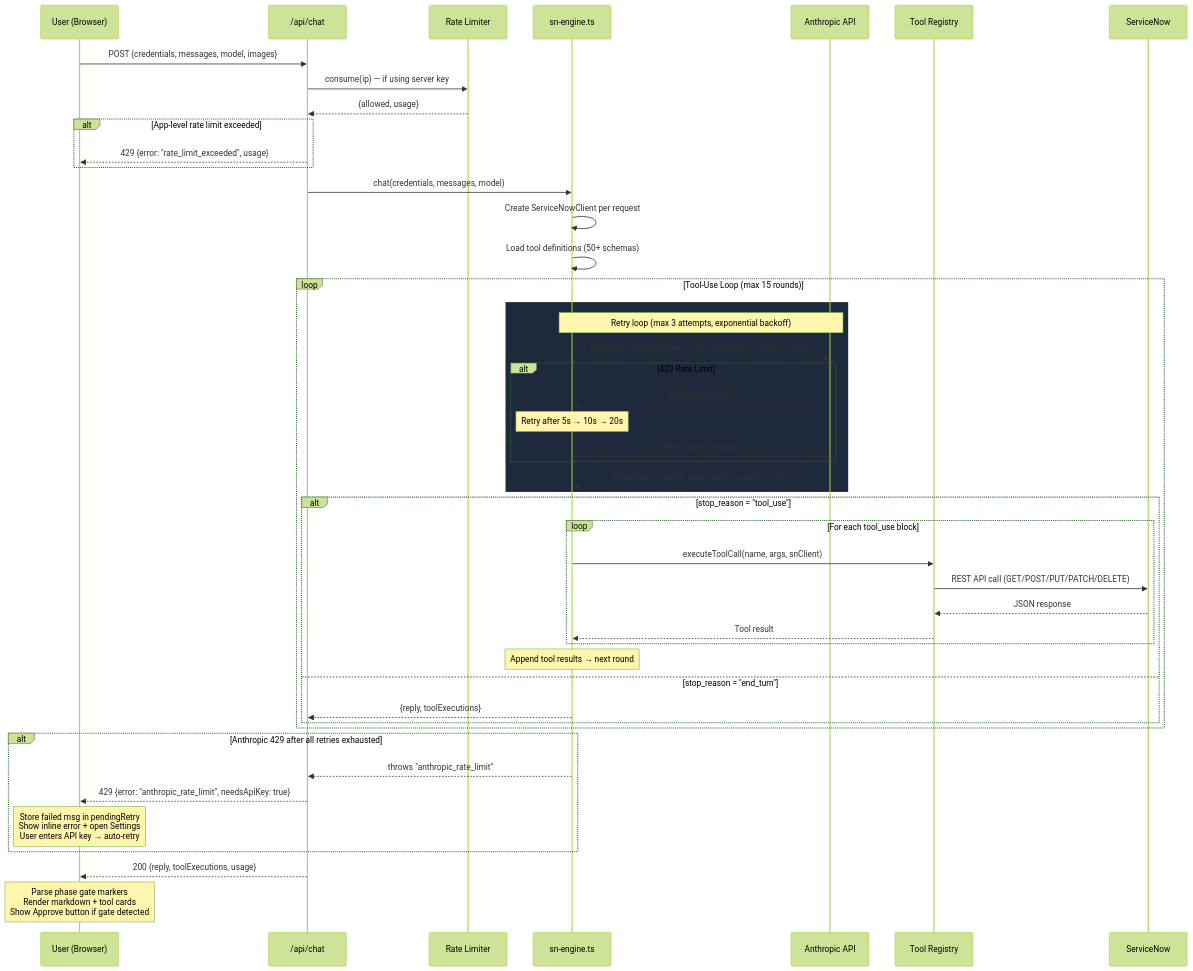
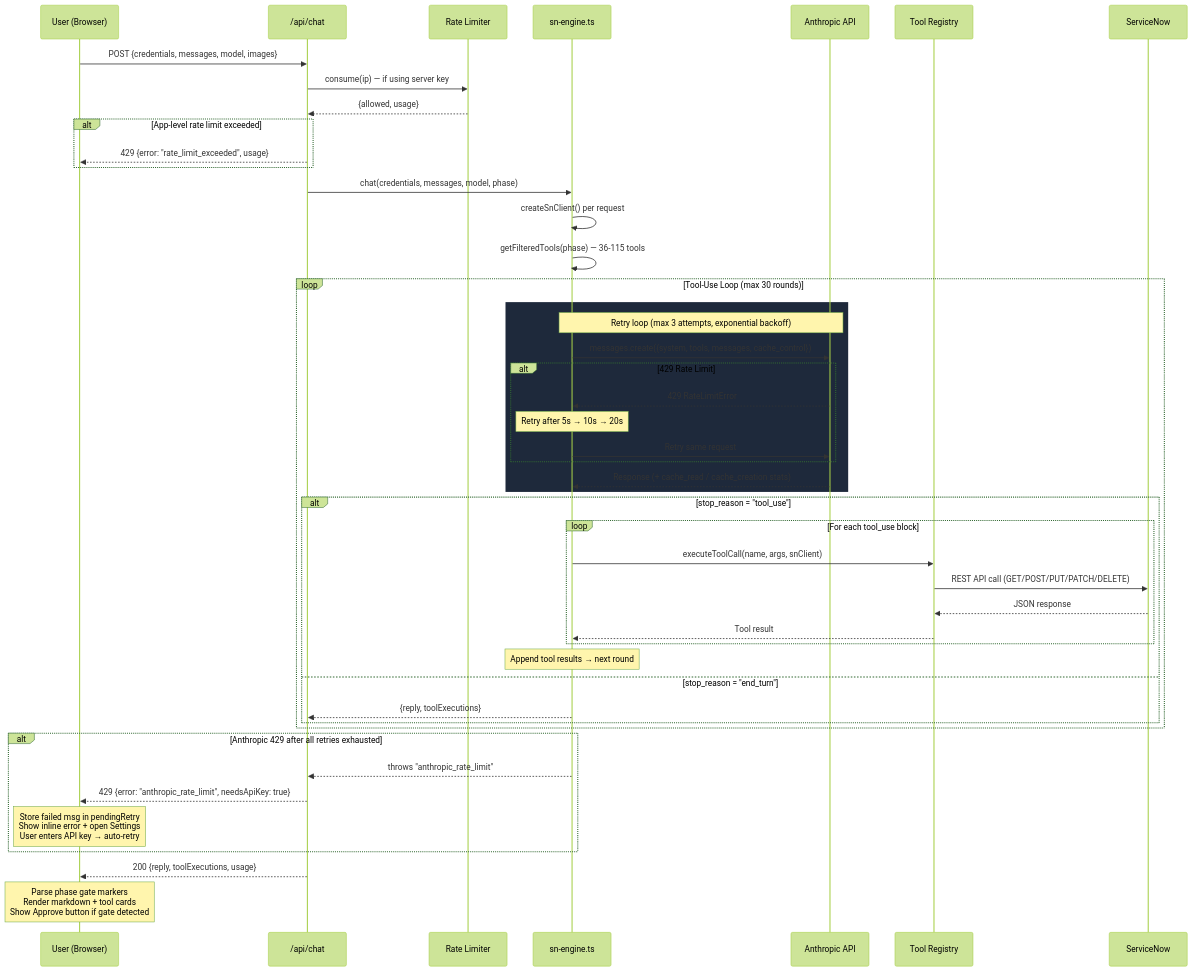
Before and after one commit to rtnsht/SN-AI-Dev-Agent: the third of 13 diagrams in docs/architecture.md, drawn with Mermaid (forest theme). The commit also changed other lines of this file and 19 other files, not shown here.

First line of the commit message:
feat: OpenRouter multi-provider, Flow Designer scope fix, UI/UX improvements

````diff
--- a/docs/architecture.md
+++ b/docs/architecture.md
@@ -129,56 +139,56 @@
 ```mermaid
 sequenceDiagram
     participant U as User (Browser)
     participant API as /api/chat
     participant RL as Rate Limiter
     participant ENG as sn-engine.ts
     participant CL as Anthropic API
     participant REG as Tool Registry
     participant SN as ServiceNow
 
     U->>API: POST {credentials, messages, model, images}
     API->>RL: consume(ip) — if using server key
     RL-->>API: {allowed, usage}
 
     alt App-level rate limit exceeded
         API-->>U: 429 {error: "rate_limit_exceeded", usage}
     end
 
-    API->>ENG: chat(credentials, messages, model)
-    ENG->>ENG: Create ServiceNowClient per request
-    ENG->>ENG: Load tool definitions (50+ schemas)
+    API->>ENG: chat(credentials, messages, model, phase)
+    ENG->>ENG: createSnClient() per request
+    ENG->>ENG: getFilteredTools(phase) — 36-115 tools
 
-    loop Tool-Use Loop (max 15 rounds)
+    loop Tool-Use Loop (max 30 rounds)
         rect rgb(30, 41, 59)
         Note over ENG,CL: Retry loop (max 3 attempts, exponential backoff)
         ENG->>CL: messages.create({system, tools, messages, cache_control})
         alt 429 Rate Limit
             CL-->>ENG: 429 RateLimitError
             Note over ENG: Retry after 5s → 10s → 20s
             ENG->>CL: Retry same request
         end
         CL-->>ENG: Response (+ cache_read / cache_creation stats)
         end
 
         alt stop_reason = "tool_use"
             loop For each tool_use block
                 ENG->>REG: executeToolCall(name, args, snClient)
                 REG->>SN: REST API call (GET/POST/PUT/PATCH/DELETE)
                 SN-->>REG: JSON response
                 REG-->>ENG: Tool result
             end
             Note over ENG: Append tool results → next round
         else stop_reason = "end_turn"
             ENG-->>API: {reply, toolExecutions}
         end
     end
 
     alt Anthropic 429 after all retries exhausted
         ENG-->>API: throws "anthropic_rate_limit"
         API-->>U: 429 {error: "anthropic_rate_limit", needsApiKey: true}
         Note over U: Store failed msg in pendingRetry<br/>Show inline error + open Settings<br/>User enters API key → auto-retry
     end
 
     API-->>U: 200 {reply, toolExecutions, usage}
     Note over U: Parse phase gate markers<br/>Render markdown + tool cards<br/>Show Approve button if gate detected
 ```
````
